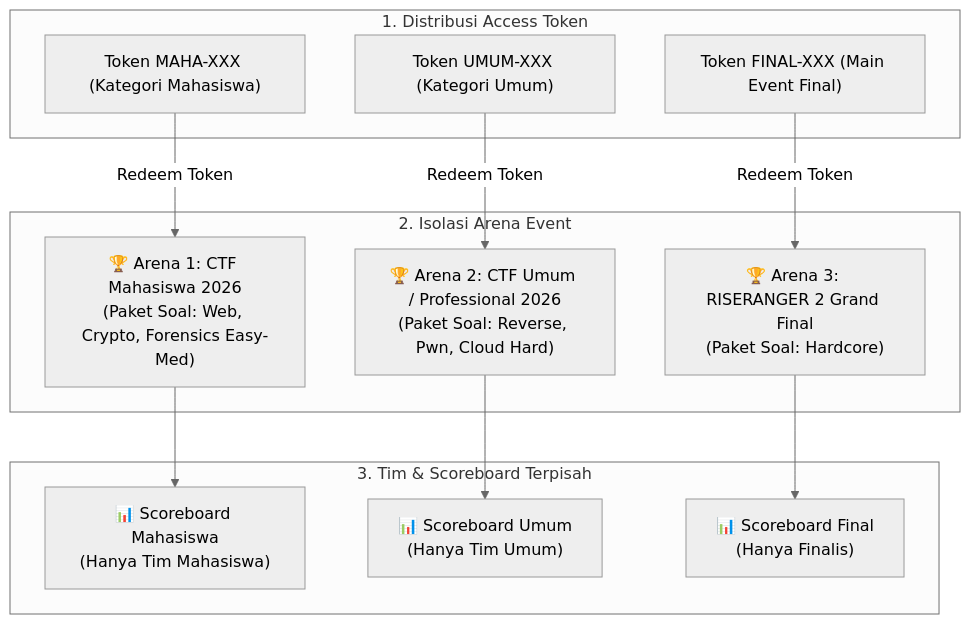
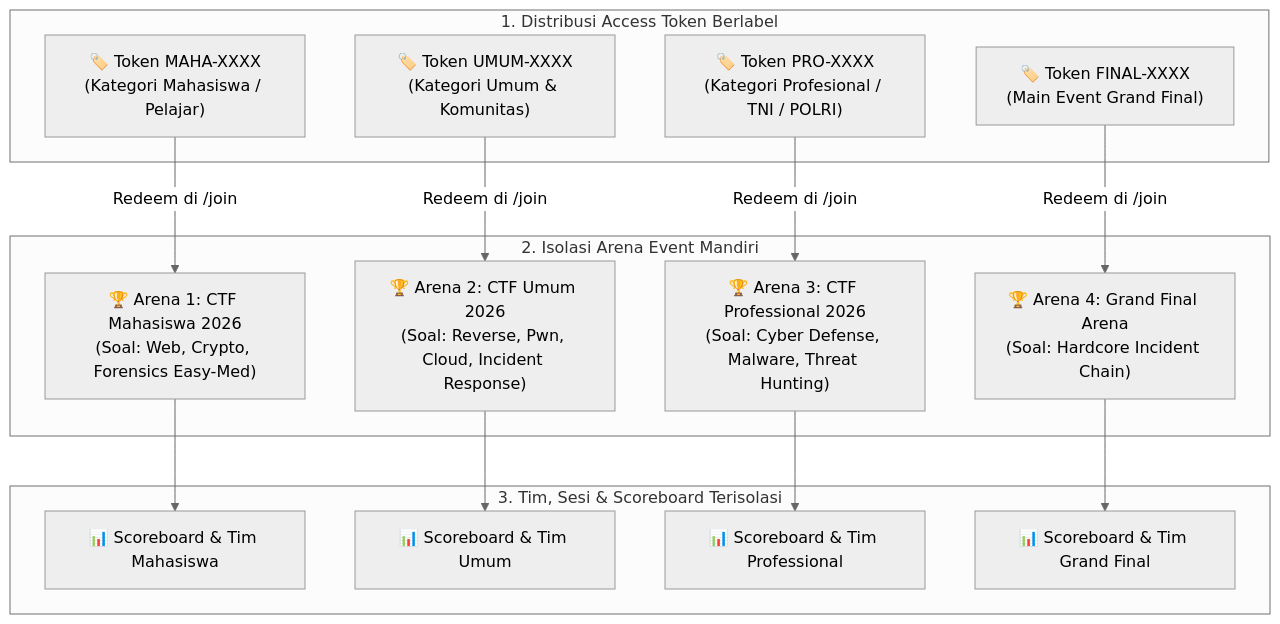
The third of 8 diagrams in README.md (irizkyw/riseranger2-incident-response), drawn with Mermaid (neutral theme) before and after one commit. The commit also changed other lines of this file, not shown here.

````diff
--- a/README.md
+++ b/README.md
@@ -143,28 +205,33 @@
 ```mermaid
 graph TB
-    subgraph TOKEN_DISPATCH["1. Distribusi Access Token"]
-        T1["Token MAHA-XXX (Kategori Mahasiswa)"]
-        T2["Token UMUM-XXX (Kategori Umum)"]
-        T3["Token FINAL-XXX (Main Event Final)"]
+    subgraph TOKEN_DISPATCH["1. Distribusi Access Token Berlabel"]
+        T1["🏷️ Token MAHA-XXXX<br/>(Kategori Mahasiswa / Pelajar)"]
+        T2["🏷️ Token UMUM-XXXX<br/>(Kategori Umum & Komunitas)"]
+        T3["🏷️ Token PRO-XXXX<br/>(Kategori Profesional / TNI / POLRI)"]
+        T4["🏷️ Token FINAL-XXXX<br/>(Main Event Grand Final)"]
     end
 
-    subgraph ARENA_ISOLATION["2. Isolasi Arena Event"]
-        E1["🏆 Arena 1: CTF Mahasiswa 2026<br/>(Paket Soal: Web, Crypto, Forensics Easy-Med)"]
-        E2["🏆 Arena 2: CTF Umum / Professional 2026<br/>(Paket Soal: Reverse, Pwn, Cloud Hard)"]
-        E3["🏆 Arena 3: RISERANGER 2 Grand Final<br/>(Paket Soal: Hardcore)"]
+    subgraph ARENA_ISOLATION["2. Isolasi Arena Event Mandiri"]
+        E1["🏆 Arena 1: CTF Mahasiswa 2026<br/>(Soal: Web, Crypto, Forensics Easy-Med)"]
+        E2["🏆 Arena 2: CTF Umum 2026<br/>(Soal: Reverse, Pwn, Cloud, Incident Response)"]
+        E3["🏆 Arena 3: CTF Professional 2026<br/>(Soal: Cyber Defense, Malware, Threat Hunting)"]
+        E4["🏆 Arena 4: Grand Final Arena<br/>(Soal: Hardcore Incident Chain)"]
     end
 
-    subgraph TEAMS_SCOREBOARDS["3. Tim & Scoreboard Terpisah"]
-        S1["📊 Scoreboard Mahasiswa<br/>(Hanya Tim Mahasiswa)"]
-        S2["📊 Scoreboard Umum<br/>(Hanya Tim Umum)"]
-        S3["📊 Scoreboard Final<br/>(Hanya Finalis)"]
+    subgraph TEAMS_SCOREBOARDS["3. Tim, Sesi & Scoreboard Terisolasi"]
+        S1["📊 Scoreboard & Tim Mahasiswa"]
+        S2["📊 Scoreboard & Tim Umum"]
+        S3["📊 Scoreboard & Tim Professional"]
+        S4["📊 Scoreboard & Tim Grand Final"]
     end
 
-    T1 -->|Redeem Token| E1
-    T2 -->|Redeem Token| E2
-    T3 -->|Redeem Token| E3
+    T1 -->|Redeem di /join| E1
+    T2 -->|Redeem di /join| E2
+    T3 -->|Redeem di /join| E3
+    T4 -->|Redeem di /join| E4
 
     E1 --> S1
     E2 --> S2
     E3 --> S3
+    E4 --> S4
 ```
````
